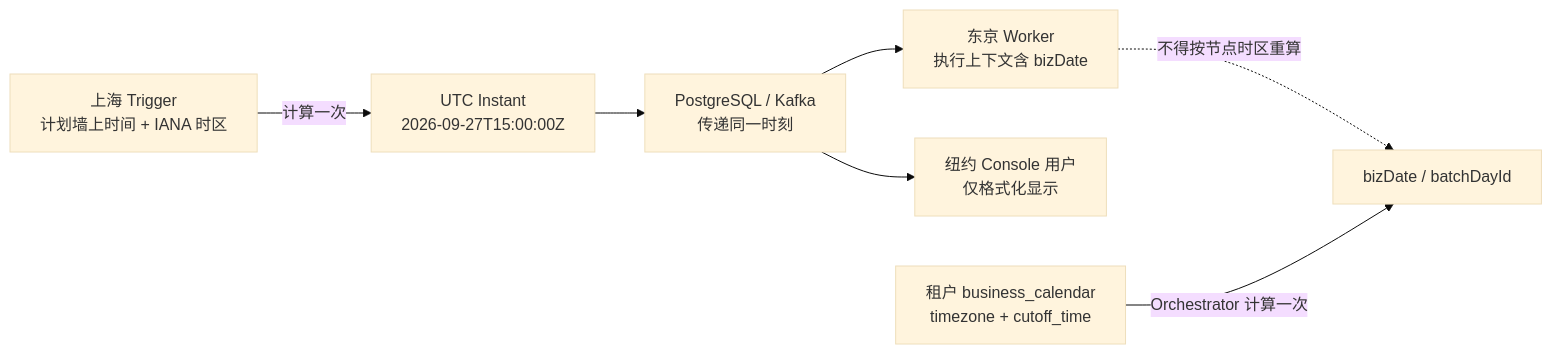
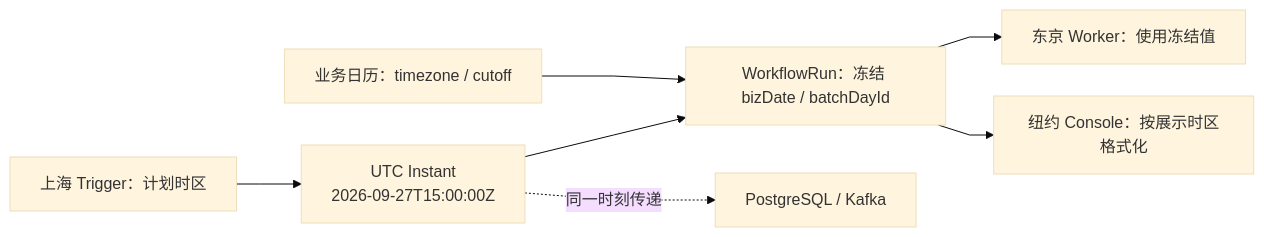
One commit to pinpols/file-batch-system changed the second of 4 diagrams in docs/design/time-date-semantics.md. Above: the diagram before and after it, drawn with Mermaid (base theme). The commit also changed other lines of this file and 5032 other files, not shown here.

````diff
--- a/docs/design/time-date-semantics.md
+++ b/docs/design/time-date-semantics.md
@@ -47,9 +54,10 @@
 ```mermaid
+%%{init: {"flowchart":{"curve":"linear","nodeSpacing":32,"rankSpacing":48},"sequence":{"mirrorActors":false}}}%%
 flowchart LR
-    A[上海 Trigger<br/>计划墙上时间 + IANA 时区] -->|计算一次| B[UTC Instant<br/>2026-09-27T15:00:00Z]
-    B --> C[PostgreSQL / Kafka<br/>传递同一时刻]
-    C --> D[东京 Worker<br/>执行上下文含 bizDate]
-    C --> E[纽约 Console 用户<br/>仅格式化显示]
-    D -.不得按节点时区重算.-> F[bizDate / batchDayId]
-    G[租户 business_calendar<br/>timezone + cutoff_time] -->|Orchestrator 计算一次| F
+  S[上海 Trigger：计划时区] --> I[UTC Instant<br/>2026-09-27T15:00:00Z]
+  I --> R[WorkflowRun：冻结 bizDate / batchDayId]
+  C[业务日历：timezone / cutoff] --> R
+  R --> W[东京 Worker：使用冻结值]
+  R --> U[纽约 Console：按展示时区格式化]
+  I -. 同一时刻传递 .-> P[PostgreSQL / Kafka]
 ```
````
